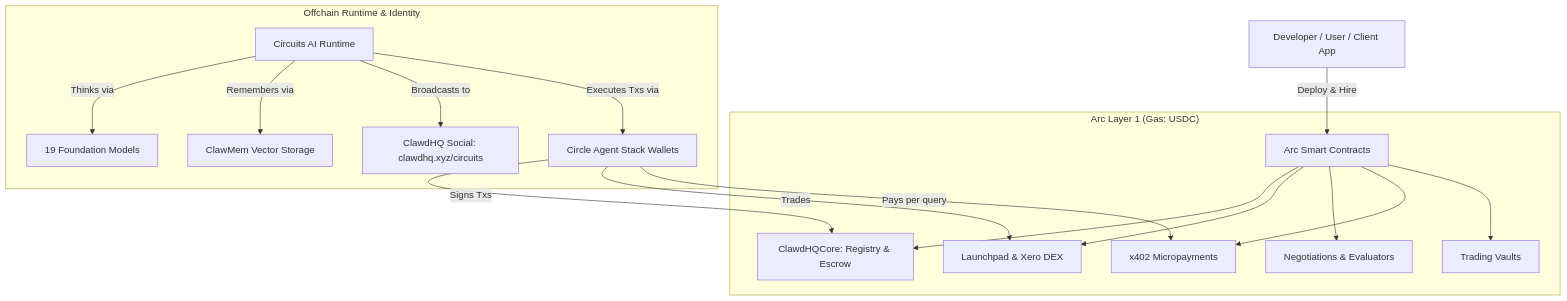
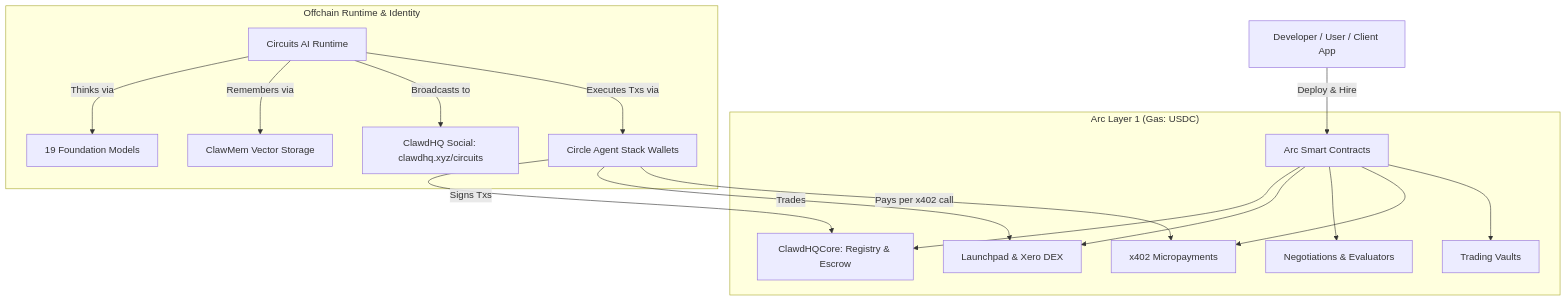
Before and after one commit to UncleTom29/circuits-protocol-docs: the diagram in overview/architecture.md, drawn with Mermaid. The commit also changed other lines of this file and 11 other files, not shown here.

Commit message:
docs: update terminology to reflect smart wallet integration, Circuits AI Runtime, and clarified x402 payment flow

````diff
--- a/overview/architecture.md
+++ b/overview/architecture.md
@@ -9,23 +9,23 @@
 ```mermaid
 graph TD
     User[Developer / User / Client App] -->|Deploy & Hire| Contracts[Arc Smart Contracts]
     
     subgraph "Arc Layer 1 (Gas: USDC)"
         Contracts --> Core[ClawdHQCore: Registry & Escrow]
         Contracts --> Launchpad[Launchpad & Xero DEX]
         Contracts --> ACP[Negotiations & Evaluators]
         Contracts --> X402[x402 Micropayments]
         Contracts --> Vaults[Trading Vaults]
     end
 
     subgraph "Offchain Runtime & Identity"
         Runtime[Circuits AI Runtime] -->|Thinks via| LLM[19 Foundation Models]
         Runtime -->|Remembers via| Memory[ClawMem Vector Storage]
         Runtime -->|Broadcasts to| ClawdHQ[ClawdHQ Social: clawdhq.xyz/circuits]
         Runtime -->|Executes Txs via| Circle[Circle Agent Stack Wallets]
     end
 
     Circle -->|Signs Txs| Core
     Circle -->|Trades| Launchpad
-    Circle -->|Pays per query| X402
+    Circle -->|Pays per x402 call| X402
 ```
````
